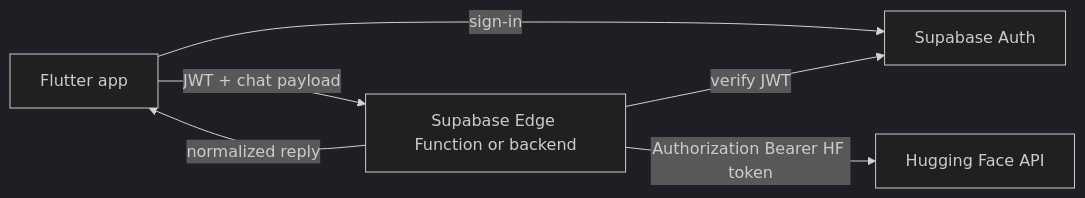
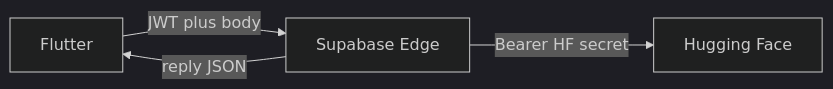
The diagram in docs/plans/supabase_proxy_huggingface_chat_plan.md (redjadet/flutter_bloc_app), drawn with Mermaid (dark theme) before and after one commit. The commit also changed other lines of this file and 64 other files, not shown here.

First line of the commit message:
feat(chat): add Supabase Edge proxy and composite transport

````diff
--- a/docs/plans/supabase_proxy_huggingface_chat_plan.md
+++ b/docs/plans/supabase_proxy_huggingface_chat_plan.md
@@ -38,13 +192,9 @@
 ```mermaid
 flowchart LR
-  App[Flutter app]
-  SBAuth[Supabase Auth]
-  Edge[Supabase Edge Function or backend]
-  HF[Hugging Face API]
-
-  App -->|sign-in| SBAuth
-  App -->|JWT + chat payload| Edge
-  Edge -->|verify JWT| SBAuth
-  Edge -->|Authorization Bearer HF token| HF
-  Edge -->|normalized reply| App
+  App[Flutter]
+  Edge[Supabase Edge]
+  HF[Hugging Face]
+  App -->|JWT plus body| Edge
+  Edge -->|Bearer HF secret| HF
+  Edge -->|reply JSON| App
 ```
````
